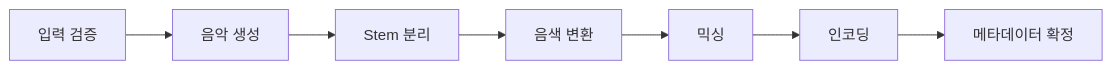
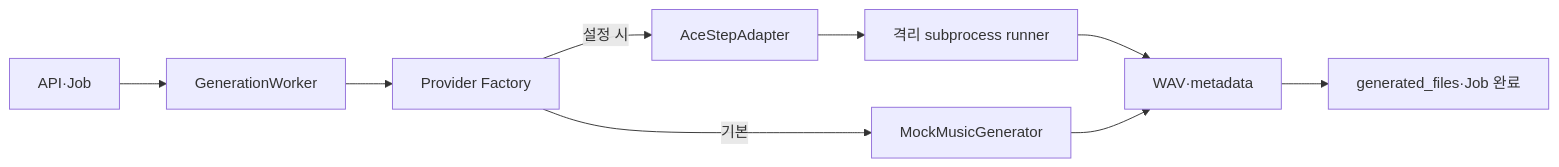
One commit to DohaStudio/DohaMusic changed the diagram in docs/03-architecture/ai-pipeline.md. Above: the diagram before and after it, drawn with Mermaid. The commit also changed other lines of this file and 46 other files, not shown here.

Commit message:
feat: ACE-Step 로컬 추론 검증 및 어댑터 기반 추가

````diff
--- a/docs/03-architecture/ai-pipeline.md
+++ b/docs/03-architecture/ai-pipeline.md
@@ -6,9 +6,11 @@
 ```mermaid
 flowchart LR
-  V[입력 검증] --> G[음악 생성]
-  G --> S[Stem 분리]
-  S --> C[음색 변환]
-  C --> M[믹싱]
-  M --> E[인코딩]
-  E --> P[메타데이터 확정]
+  A[API·Job] --> W[GenerationWorker]
+  W --> F[Provider Factory]
+  F -->|기본| M[MockMusicGenerator]
+  F -->|설정 시| C[AceStepAdapter]
+  C --> R[격리 subprocess runner]
+  R --> O[WAV·metadata]
+  M --> O
+  O --> D[generated_files·Job 완료]
 ```
````
